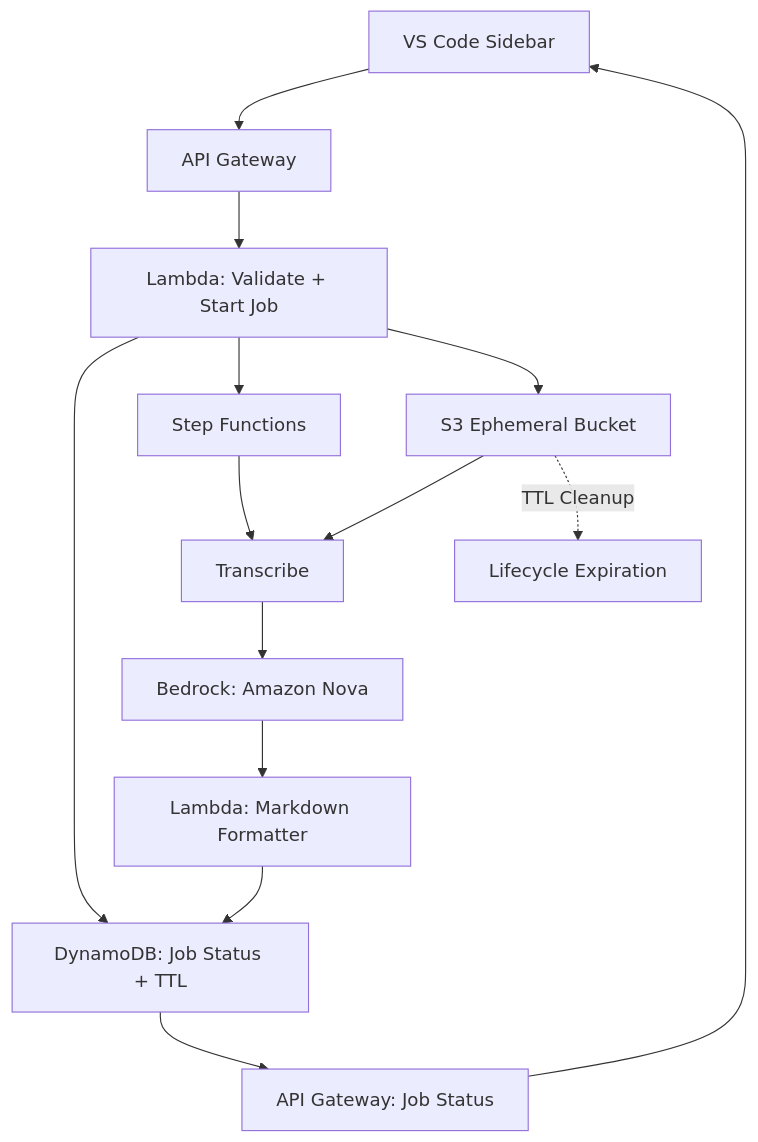
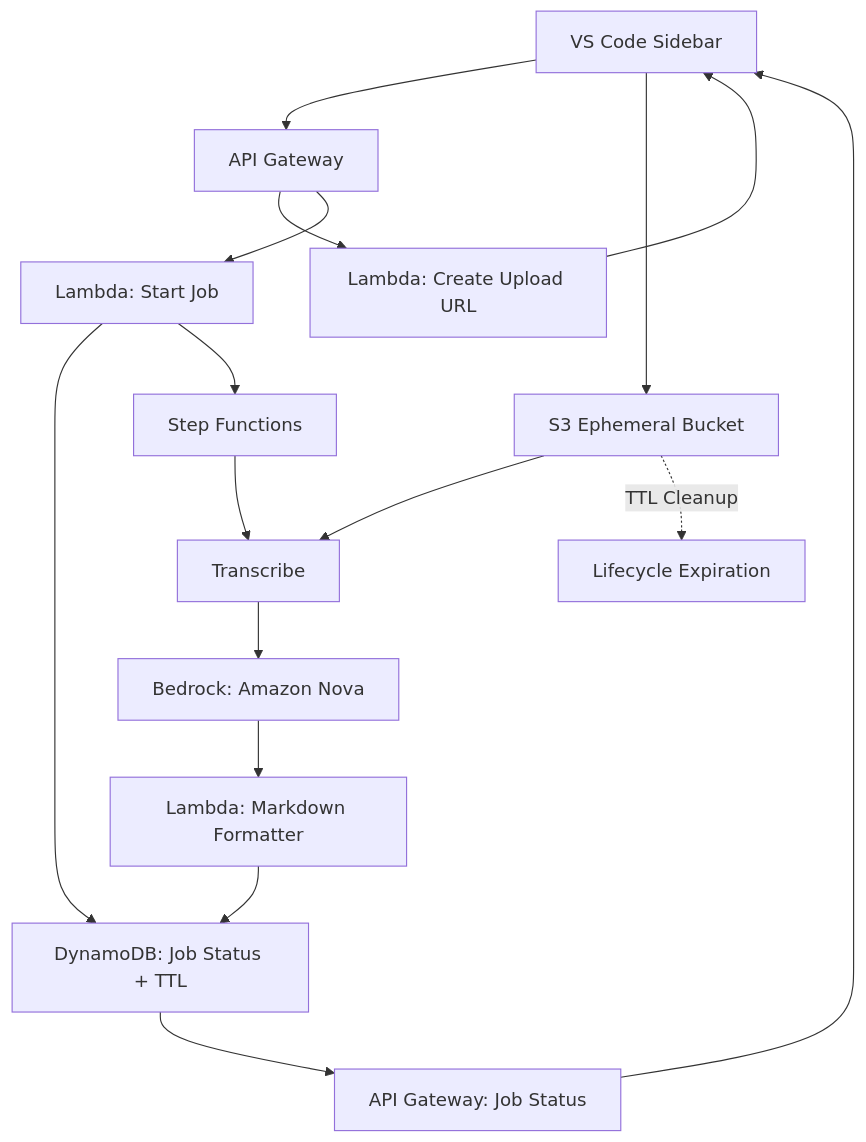
The diagram in readme/prds/v2/PRD-aws-workflow-async-2026-02-12.md (shaharyarmaroof-em/summarizer), drawn with Mermaid before and after one commit. The commit also changed other lines of this file and 35 other files, not shown here.

````diff
--- a/readme/prds/v2/PRD-aws-workflow-async-2026-02-12.md
+++ b/readme/prds/v2/PRD-aws-workflow-async-2026-02-12.md
@@ -47,16 +54,18 @@
 ```mermaid
 flowchart TD
   A[VS Code Sidebar] --> B[API Gateway]
-  B --> C[Lambda: Validate + Start Job]
+  B --> U[Lambda: Create Upload URL]
+  U --> A
+  A --> J[S3 Ephemeral Bucket]
+  B --> C[Lambda: Start Job]
   C --> D[DynamoDB: Job Status + TTL]
   C --> E[Step Functions]
   E --> F[Transcribe]
   F --> G[Bedrock: Amazon Nova]
   G --> H[Lambda: Markdown Formatter]
   H --> D
   D --> I[API Gateway: Job Status]
   I --> A
-  C --> J[S3 Ephemeral Bucket]
   J --> F
   J -.TTL Cleanup.-> X[Lifecycle Expiration]
 ```
````
